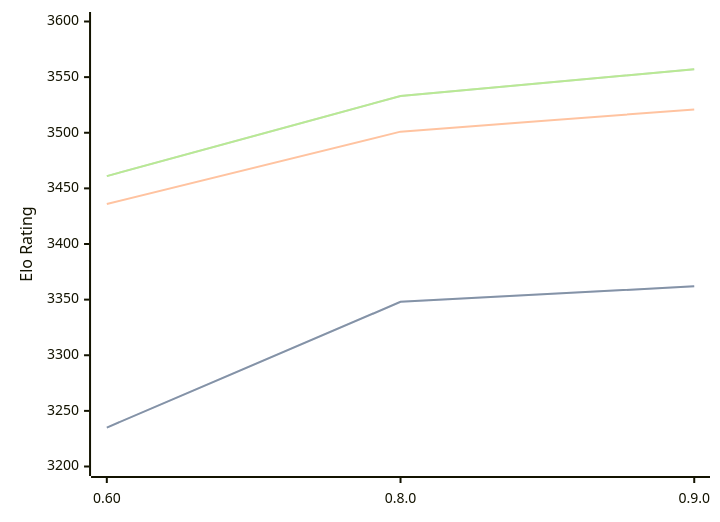
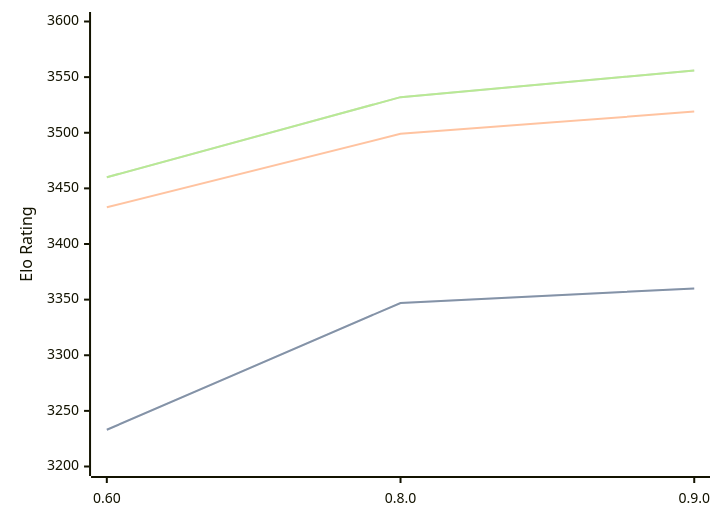
Before and after one commit to computer-chess-index/cci: the diagram in engines/Motor.md, drawn with Mermaid. The commit also changed other lines of this file, not shown here.

Commit message:
Update CCI Ratings (ELO VLTC) - 2026-03-31

````diff
--- a/engines/Motor.md
+++ b/engines/Motor.md
@@ -39,11 +39,11 @@
 ```mermaid
 %%{init: {"theme":"base","themeVariables":{"seriesColors:['#a3a3a3','#222221','#faa371']}}}%%
 xychart-beta
   x-axis ["0.60", "0.8.0", "0.9.0"]
   y-axis "Elo Rating" 3200 --> 3600
-  line "STC (8.0+0.08s)" [3235, 3348, 3362]
-  line "STC (8.0+0.08s)" [3235, 3348, 3362]
-  line "LTC (60.0+0.60s)" [3436, 3501, 3521]
-  line "VLTC (2m24s+1.12s)" [3461, 3533, 3557]
-  line "VLTC (2m24s+1.12s)" [3461, 3533, 3557]
+  line "STC (8.0+0.08s)" [3233, 3347, 3360]
+  line "STC (8.0+0.08s)" [3233, 3347, 3360]
+  line "LTC (60.0+0.60s)" [3433, 3499, 3519]
+  line "VLTC (2m24s+1.12s)" [3460, 3532, 3556]
+  line "VLTC (2m24s+1.12s)" [3460, 3532, 3556]
 ```
````
